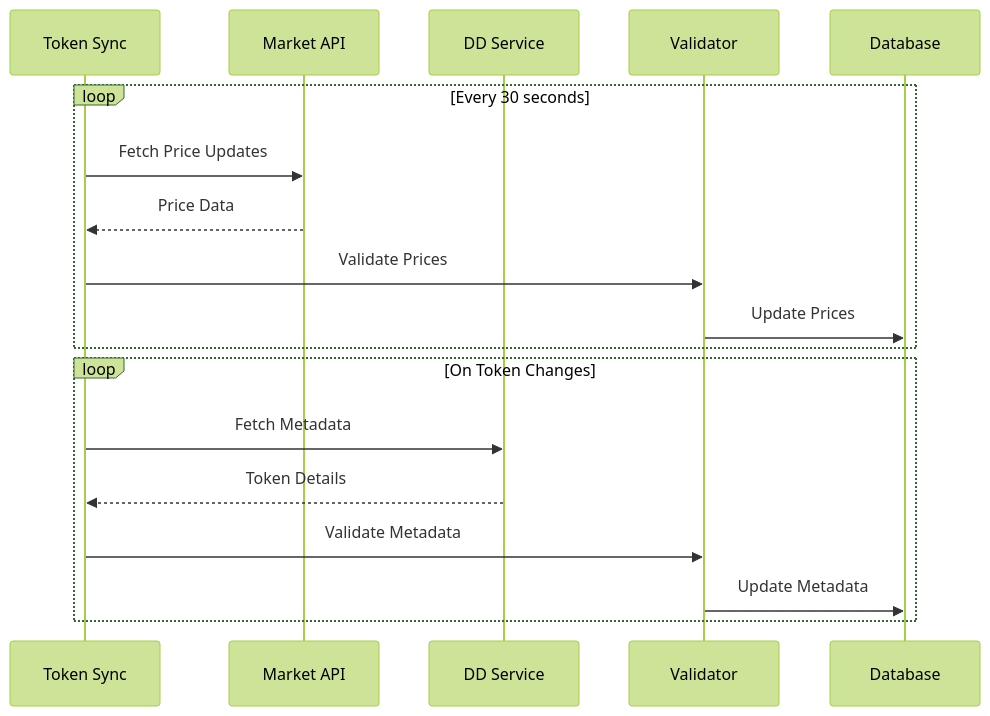
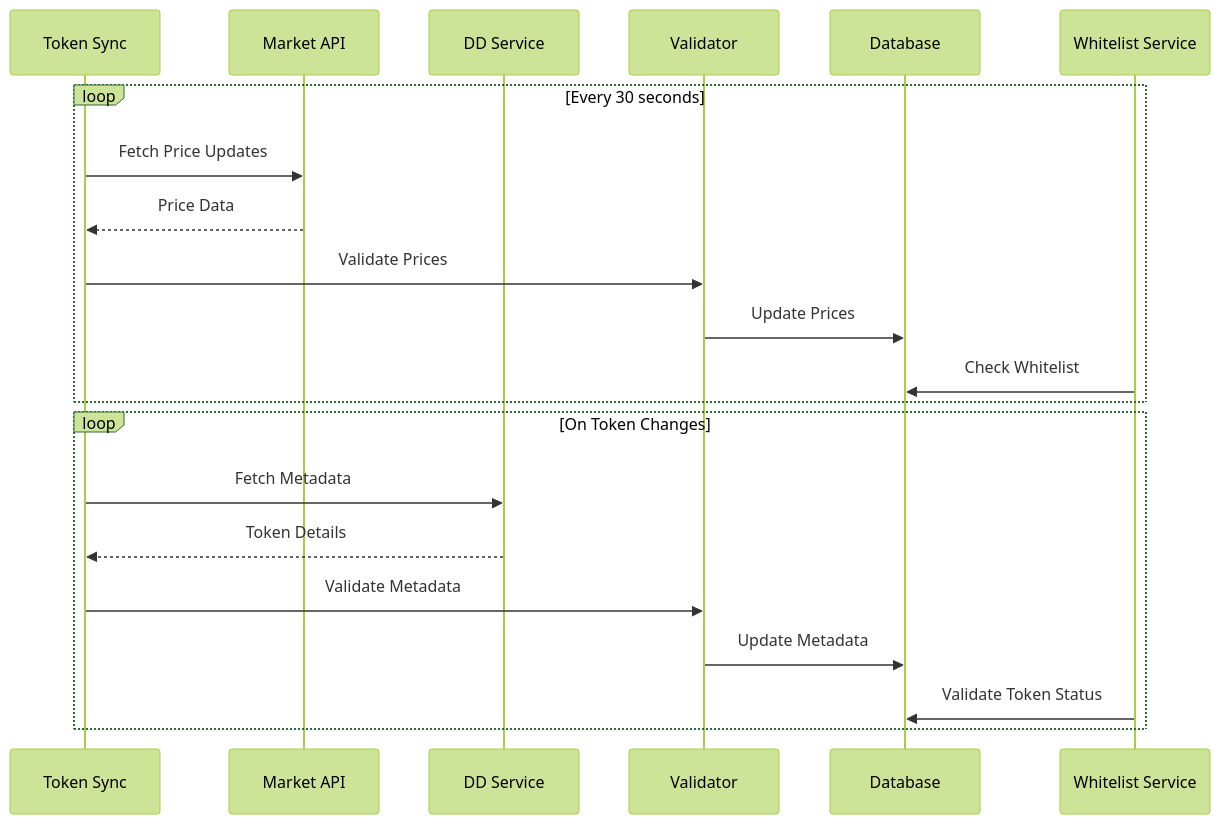
One commit to BranchManager69/degenduel changed the second of 4 diagrams in docs_important/Core Services/OPERATIONS_MANAGEMENT/TOKEN_SYNC_SYSTEM.md. Above: the diagram before and after it, drawn with Mermaid (forest theme). The commit also changed other lines of this file and 11 other files, not shown here.

First line of the commit message:
Add Token Whitelist Service for token validation and management

````diff
--- a/docs_important/Core Services/OPERATIONS_MANAGEMENT/TOKEN_SYNC_SYSTEM.md
+++ b/docs_important/Core Services/OPERATIONS_MANAGEMENT/TOKEN_SYNC_SYSTEM.md
@@ -74,22 +77,25 @@
 ```mermaid
 sequenceDiagram
     participant TS as Token Sync
     participant MP as Market API
     participant DD as DD Service
     participant VP as Validator
     participant DB as Database
+    participant WS as Whitelist Service
     
     loop Every 30 seconds
         TS->>MP: Fetch Price Updates
         MP-->>TS: Price Data
         TS->>VP: Validate Prices
         VP->>DB: Update Prices
+        WS->>DB: Check Whitelist
     end
     
     loop On Token Changes
         TS->>DD: Fetch Metadata
         DD-->>TS: Token Details
         TS->>VP: Validate Metadata
         VP->>DB: Update Metadata
+        WS->>DB: Validate Token Status
     end
 ```
````
